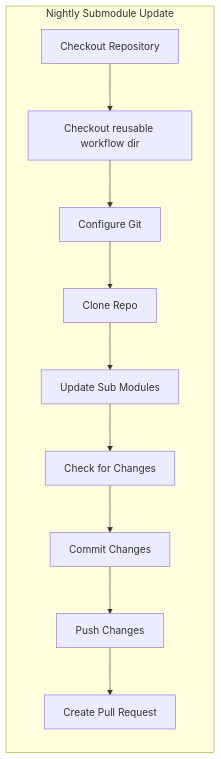
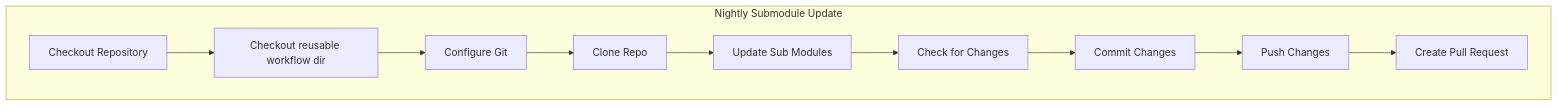
One commit to postindustria-tech/common-ci changed the third of 4 diagrams in README.md. Above: the diagram before and after it, drawn with Mermaid. The commit also changed other lines of this file, not shown here.

Commit message:
DOC: Changed flow charts to be left to right.

````diff
--- a/README.md
+++ b/README.md
@@ -110,24 +112,24 @@
 ``` mermaid
-  graph TD
+  graph LR
   subgraph "Nightly Submodule Update"
-  direction TB
-    A["Checkout Repository"]
-    B["Checkout reusable workflow dir"]
-    C["Configure Git"]
-    D["Clone Repo"]
-    E["Update Sub Modules"]
-    F["Check for Changes"]
-    G["Commit Changes"]
-    H["Push Changes"]
-    I["Create Pull Request"]
+  direction LR
+    A[Checkout Repository]
+    B[Checkout reusable workflow dir]
+    C[Configure Git]
+    D[Clone Repo]
+    E[Update Sub Modules]
+    F[Check for Changes]
+    G[Commit Changes]
+    H[Push Changes]
+    I[Create Pull Request]
   end
   
 A --> B
 B --> C
 C --> D
 D --> E
 E --> F
 F --> G
 G --> H
 H --> I
 ```
````
